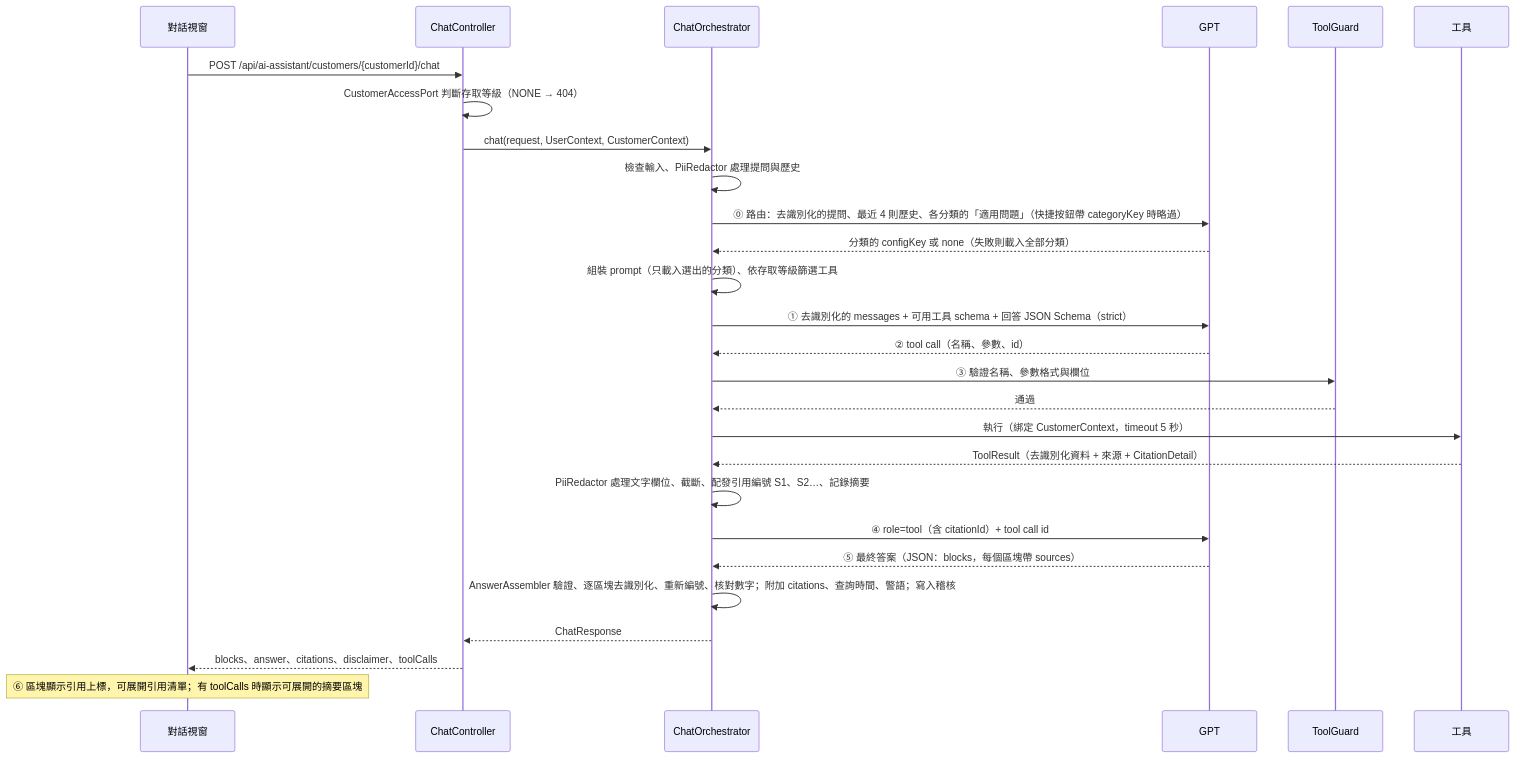
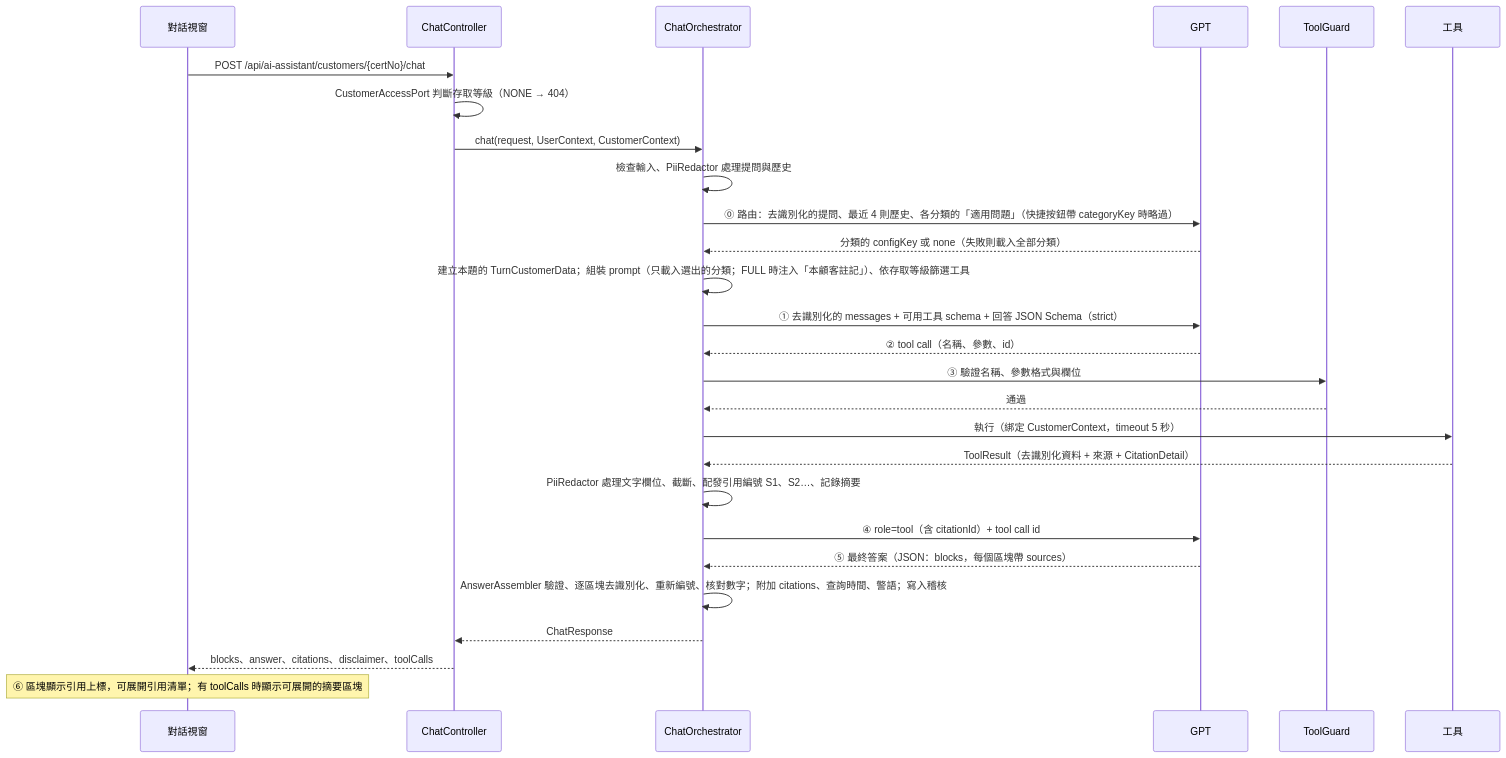
Before and after one commit to Rue1216/assistant-poc: the second of 2 diagrams in docs/spec/01-architecture.md, drawn with Mermaid. The commit also changed other lines of this file and 26 other files, not shown here.

````diff
--- a/docs/spec/01-architecture.md
+++ b/docs/spec/01-architecture.md
@@ -120,30 +114,30 @@
 ```mermaid
 sequenceDiagram
   participant U as 對話視窗
   participant C as ChatController
   participant O as ChatOrchestrator
   participant G as GPT
   participant TG as ToolGuard
   participant T as 工具
 
-  U->>C: POST /api/ai-assistant/customers/{customerId}/chat
+  U->>C: POST /api/ai-assistant/customers/{certNo}/chat
   C->>C: CustomerAccessPort 判斷存取等級（NONE → 404）
   C->>O: chat(request, UserContext, CustomerContext)
   O->>O: 檢查輸入、PiiRedactor 處理提問與歷史
   O->>G: ⓪ 路由：去識別化的提問、最近 4 則歷史、各分類的「適用問題」（快捷按鈕帶 categoryKey 時略過）
   G-->>O: 分類的 configKey 或 none（失敗則載入全部分類）
-  O->>O: 組裝 prompt（只載入選出的分類）、依存取等級篩選工具
+  O->>O: 建立本題的 TurnCustomerData；組裝 prompt（只載入選出的分類；FULL 時注入「本顧客註記」）、依存取等級篩選工具
   O->>G: ① 去識別化的 messages + 可用工具 schema + 回答 JSON Schema（strict）
   G-->>O: ② tool call（名稱、參數、id）
   O->>TG: ③ 驗證名稱、參數格式與欄位
   TG-->>O: 通過
   O->>T: 執行（綁定 CustomerContext，timeout 5 秒）
   T-->>O: ToolResult（去識別化資料 + 來源 + CitationDetail）
   O->>O: PiiRedactor 處理文字欄位、截斷、配發引用編號 S1、S2…、記錄摘要
   O->>G: ④ role=tool（含 citationId）+ tool call id
   G-->>O: ⑤ 最終答案（JSON：blocks，每個區塊帶 sources）
   O->>O: AnswerAssembler 驗證、逐區塊去識別化、重新編號、核對數字；附加 citations、查詢時間、警語；寫入稽核
   O-->>C: ChatResponse
   C-->>U: blocks、answer、citations、disclaimer、toolCalls
   Note over U: ⑥ 區塊顯示引用上標，可展開引用清單；有 toolCalls 時顯示可展開的摘要區塊
 ```
````
